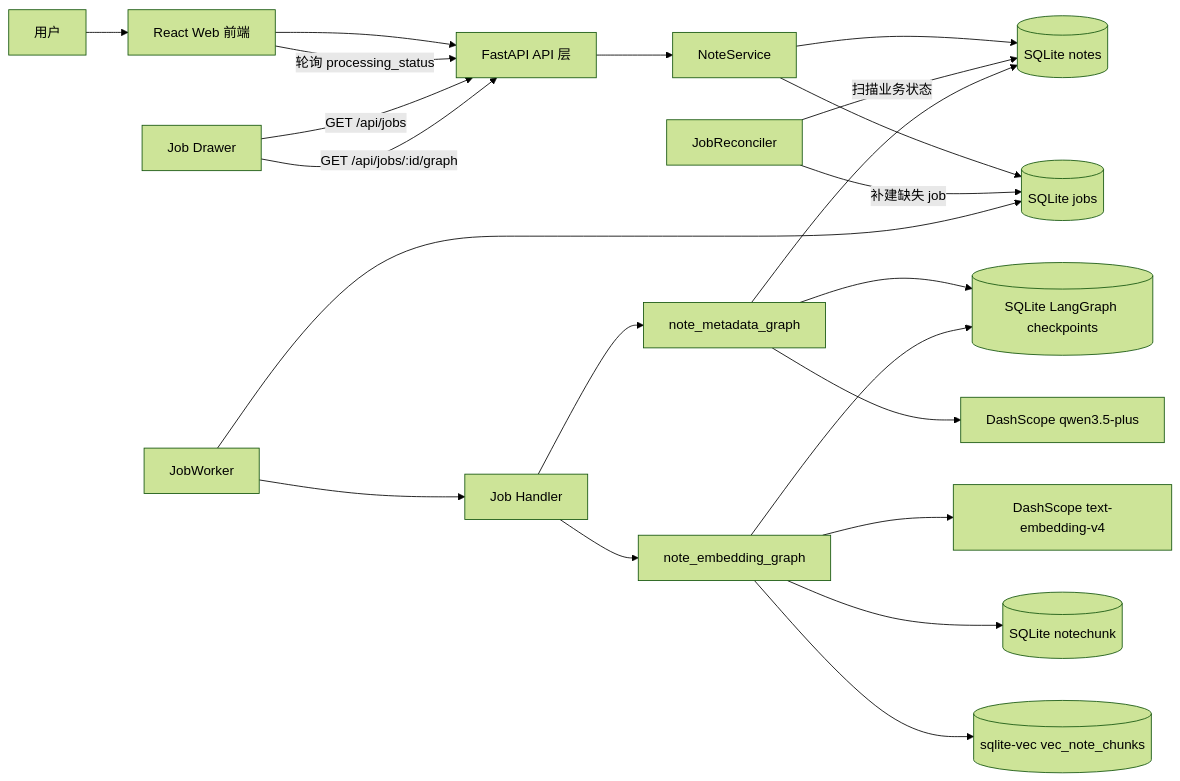
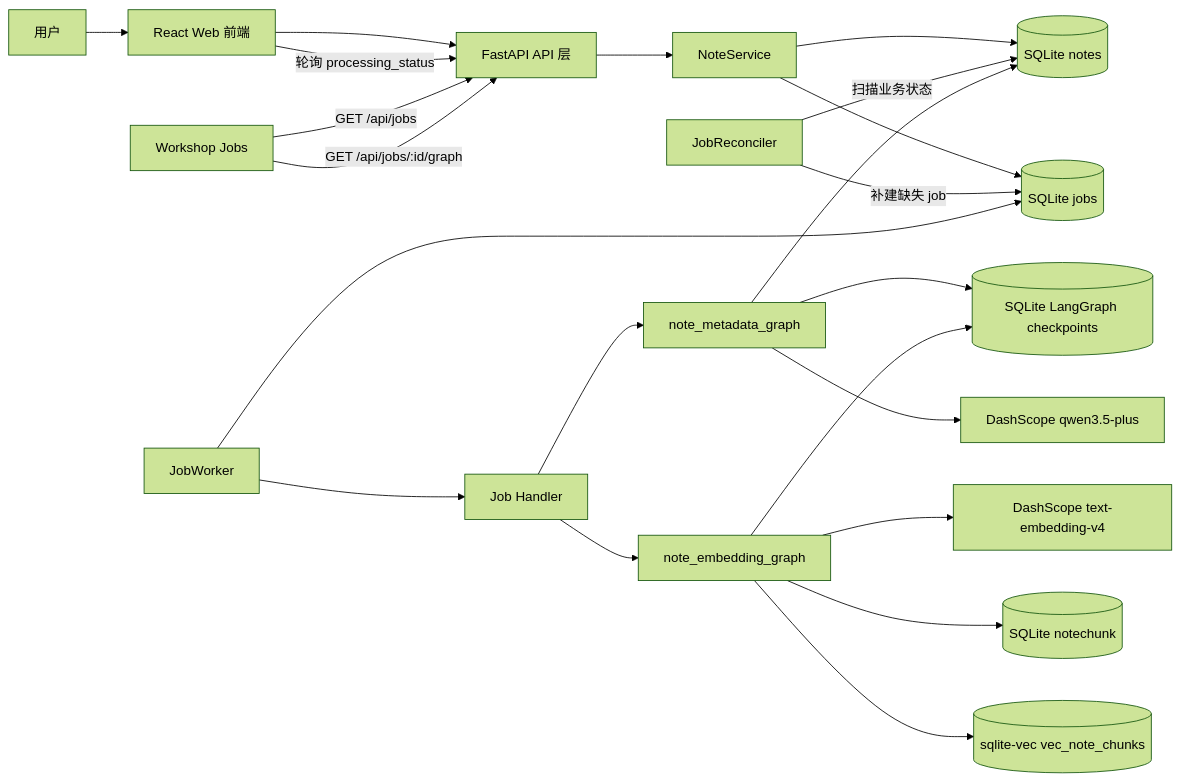
The first of 8 diagrams in docs/architecture/flows.md (LiuJiaxuan1024/AiMemo), drawn with Mermaid (forest theme) before and after one commit. The commit also changed 150 other files, not shown here.

````diff
--- a/docs/architecture/flows.md
+++ b/docs/architecture/flows.md
@@ -11,26 +11,26 @@
 ```mermaid
 flowchart LR
     User[用户] --> Frontend[React Web 前端]
     Frontend --> API[FastAPI API 层]
     API --> NoteService[NoteService]
     NoteService --> Notes[(SQLite notes)]
     NoteService --> Jobs[(SQLite jobs)]
 
     Reconciler[JobReconciler] -->|扫描业务状态| Notes
     Reconciler -->|补建缺失 job| Jobs
     Worker[JobWorker] --> Jobs
     Worker --> Handler[Job Handler]
     Handler --> MetadataGraph[note_metadata_graph]
     Handler --> EmbeddingGraph[note_embedding_graph]
     MetadataGraph --> Checkpoints[(SQLite LangGraph checkpoints)]
     EmbeddingGraph --> Checkpoints
     MetadataGraph --> LLM[DashScope qwen3.5-plus]
     EmbeddingGraph --> Embedding[DashScope text-embedding-v4]
     MetadataGraph --> Notes
     EmbeddingGraph --> Chunks[(SQLite notechunk)]
     EmbeddingGraph --> Vectors[(sqlite-vec vec_note_chunks)]
 
     Frontend -->|轮询 processing_status| API
-    JobDrawer[Job Drawer] -->|GET /api/jobs| API
-    JobDrawer -->|GET /api/jobs/:id/graph| API
+    Workshop[Workshop Jobs] -->|GET /api/jobs| API
+    Workshop -->|GET /api/jobs/:id/graph| API
 ```
````
